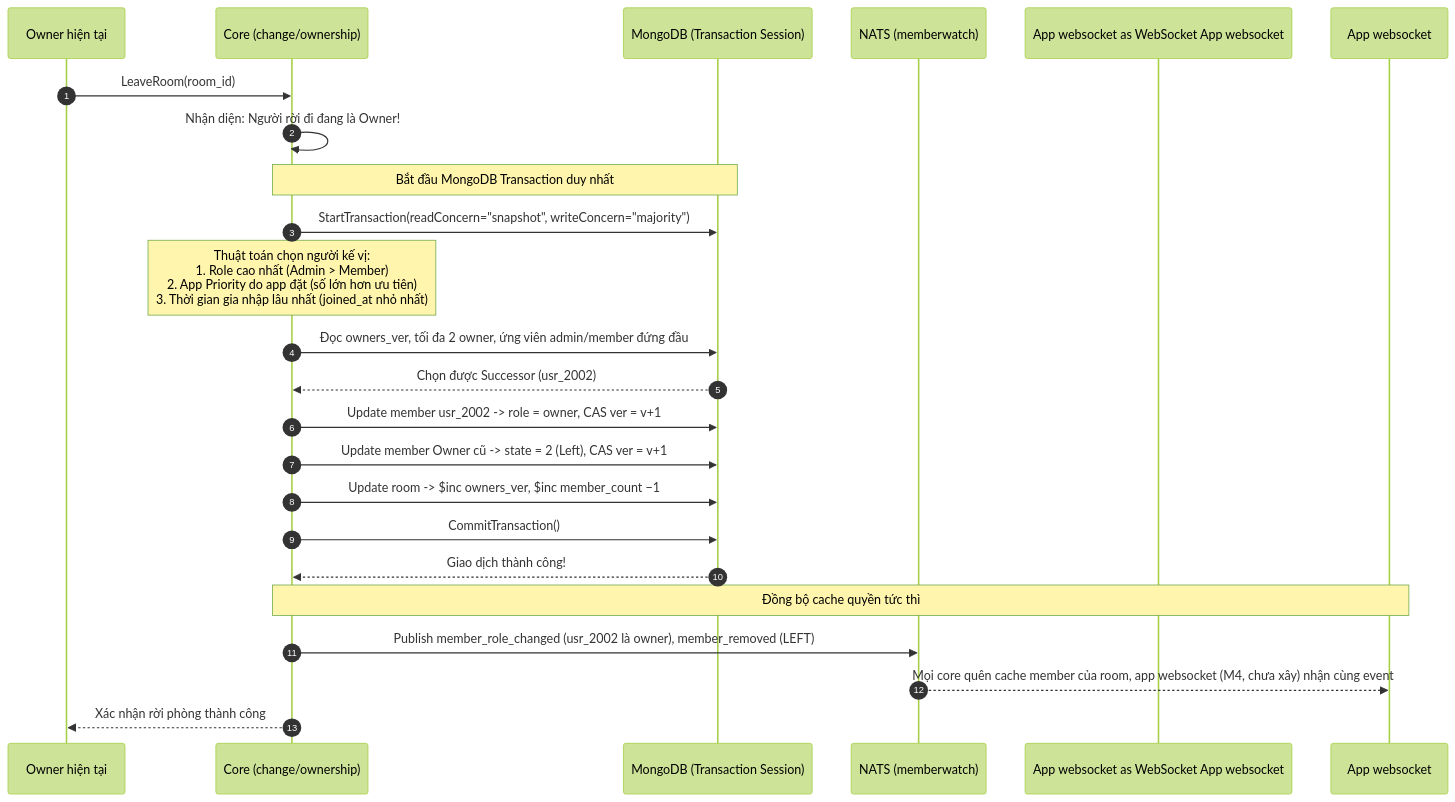
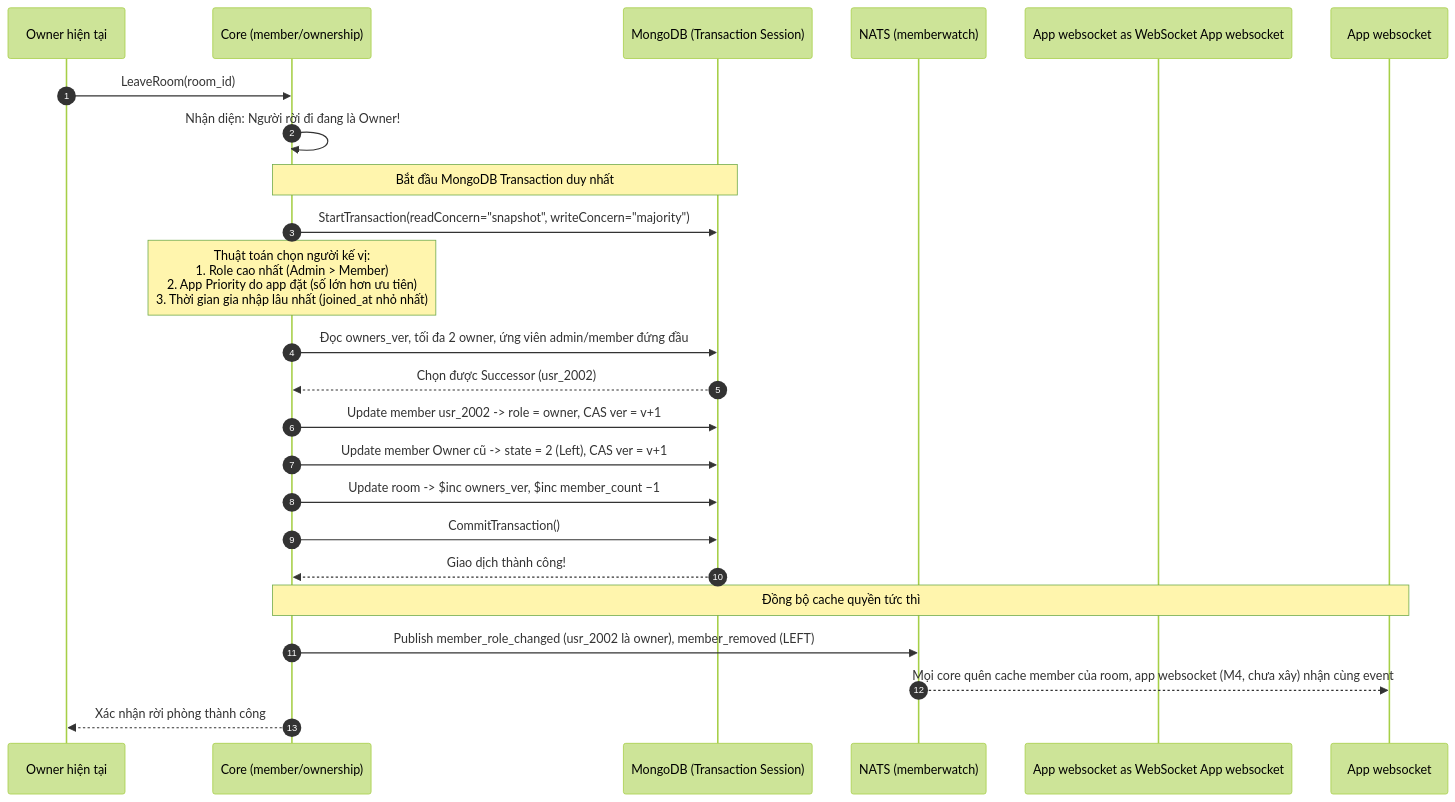
Before and after one commit to ivannguyendev/chatim: the third of 3 diagrams in docs/modules/05-feature-membership-roles-and-succession.md, drawn with Mermaid (forest theme). The commit also changed other lines of this file and 9 other files, not shown here.

````diff
--- a/docs/modules/05-feature-membership-roles-and-succession.md
+++ b/docs/modules/05-feature-membership-roles-and-succession.md
@@ -74,30 +74,30 @@
 ```mermaid
 sequenceDiagram
     autonumber
     participant Owner as Owner hiện tại
-    participant Core as Core (change/ownership)
+    participant Core as Core (member/ownership)
     participant Mongo as MongoDB (Transaction Session)
     participant Watch as NATS (memberwatch)
     participant App websocket as WebSocket App websocket
 
     Owner->>Core: LeaveRoom(room_id)
     Core->>Core: Nhận diện: Người rời đi đang là Owner!
 
     Note over Core,Mongo: Bắt đầu MongoDB Transaction duy nhất
     Core->>Mongo: StartTransaction(readConcern="snapshot", writeConcern="majority")
 
     Note over Core: Thuật toán chọn người kế vị:<br/>1. Role cao nhất (Admin > Member)<br/>2. App Priority do app đặt (số lớn hơn ưu tiên)<br/>3. Thời gian gia nhập lâu nhất (joined_at nhỏ nhất)
     Core->>Mongo: Đọc owners_ver, tối đa 2 owner, ứng viên admin/member đứng đầu
     Mongo-->>Core: Chọn được Successor (usr_2002)
 
     Core->>Mongo: Update member usr_2002 -> role = owner, CAS ver = v+1
     Core->>Mongo: Update member Owner cũ -> state = 2 (Left), CAS ver = v+1
     Core->>Mongo: Update room -> $inc owners_ver, $inc member_count −1
     Core->>Mongo: CommitTransaction()
     Mongo-->>Core: Giao dịch thành công!
 
     Note over Core,App websocket: Đồng bộ cache quyền tức thì
     Core->>Watch: Publish member_role_changed (usr_2002 là owner), member_removed (LEFT)
     Watch-->>App websocket: Mọi core quên cache member của room, app websocket (M4, chưa xây) nhận cùng event
     Core-->>Owner: Xác nhận rời phòng thành công
 ```
````
